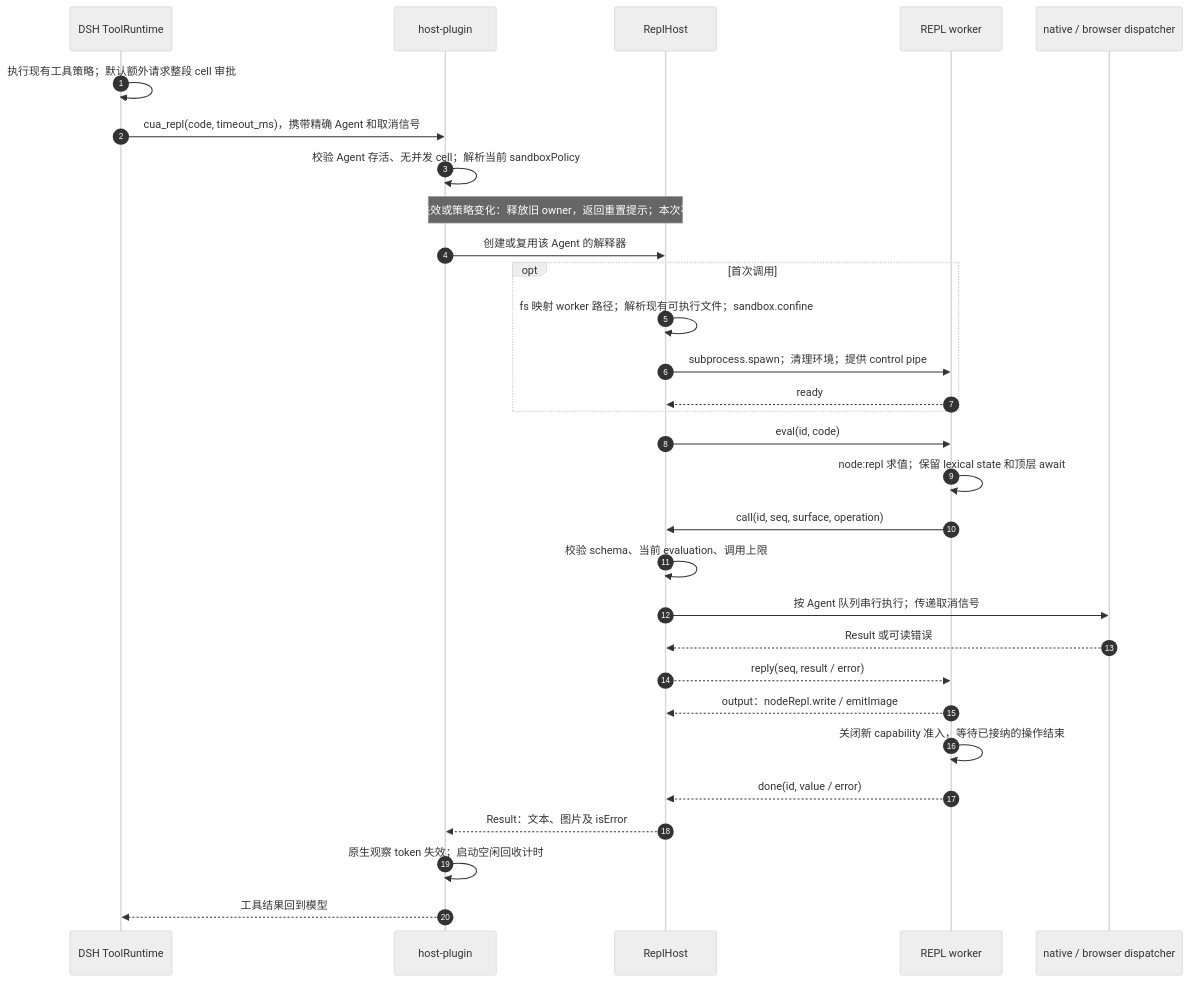
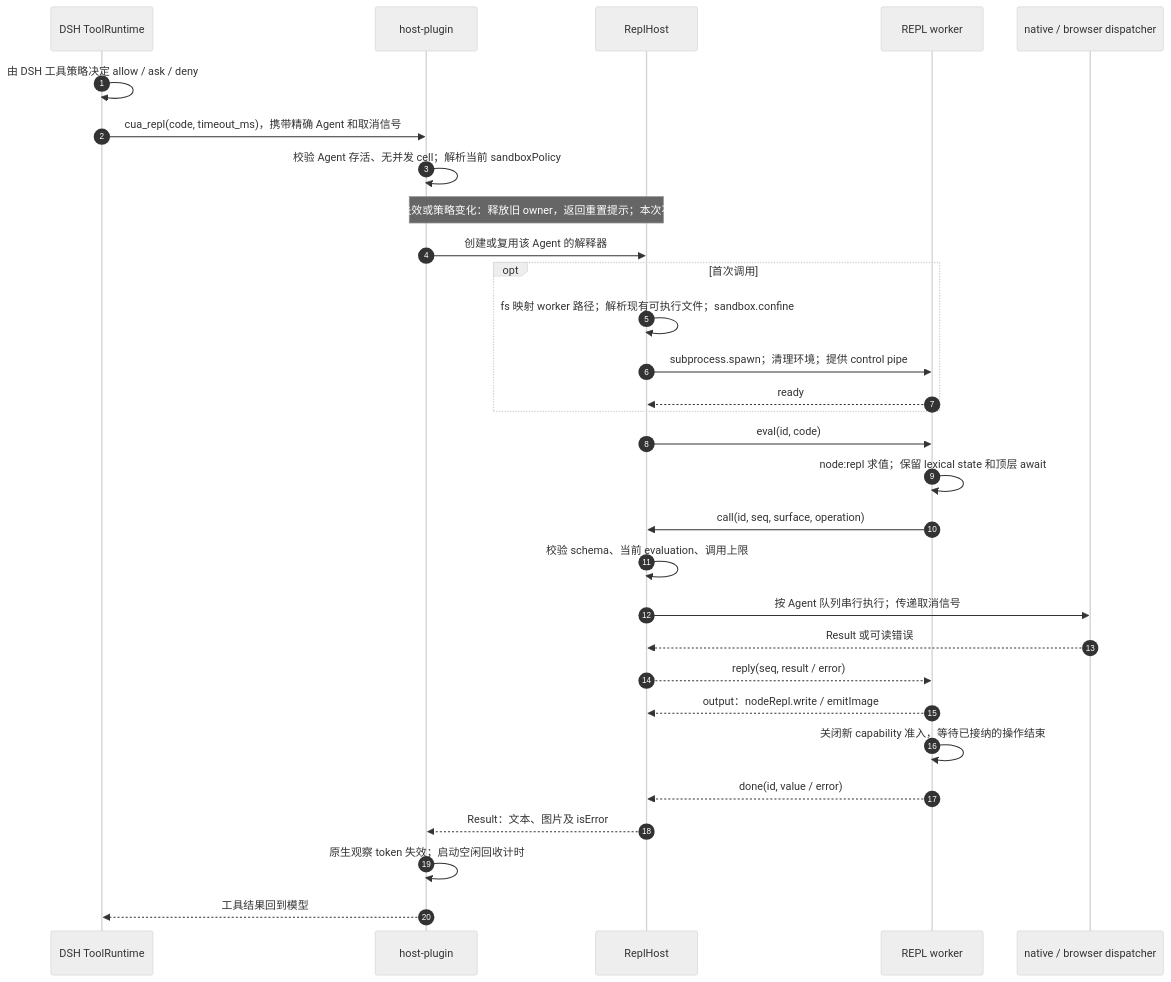
Before and after one commit to xiaoiver/dsh-unified-computer-use: the second of 6 diagrams in docs/CALL-FLOWS.md, drawn with Mermaid (neutral theme). The commit also changed other lines of this file and 18 other files, not shown here.

````diff
--- a/docs/CALL-FLOWS.md
+++ b/docs/CALL-FLOWS.md
@@ -46,32 +46,32 @@
 ```mermaid
 sequenceDiagram
   autonumber
   participant T as DSH ToolRuntime
   participant P as host-plugin
   participant H as ReplHost
   participant W as REPL worker
   participant D as native / browser dispatcher
-  T->>T: 执行现有工具策略；默认额外请求整段 cell 审批
+  T->>T: 由 DSH 工具策略决定 allow / ask / deny
   T->>P: cua_repl(code, timeout_ms)，携带精确 Agent 和取消信号
   P->>P: 校验 Agent 存活、无并发 cell；解析当前 sandboxPolicy
   Note over P,H: 已有进程失效或策略变化：释放旧 owner，返回重置提示；本次不执行代码
   P->>H: 创建或复用该 Agent 的解释器
   opt 首次调用
     H->>H: fs 映射 worker 路径；解析现有可执行文件；sandbox.confine
     H->>W: subprocess.spawn；清理环境；提供 control pipe
     W-->>H: ready
   end
   H->>W: eval(id, code)
   W->>W: node:repl 求值；保留 lexical state 和顶层 await
   W->>H: call(id, seq, surface, operation)
   H->>H: 校验 schema、当前 evaluation、调用上限
   H->>D: 按 Agent 队列串行执行；传递取消信号
   D-->>H: Result 或可读错误
   H-->>W: reply(seq, result / error)
   W-->>H: output：nodeRepl.write / emitImage
   W->>W: 关闭新 capability 准入，等待已接纳的操作结束
   W-->>H: done(id, value / error)
   H-->>P: Result：文本、图片及 isError
   P->>P: 原生观察 token 失效；启动空闲回收计时
   P-->>T: 工具结果回到模型
 ```
````
